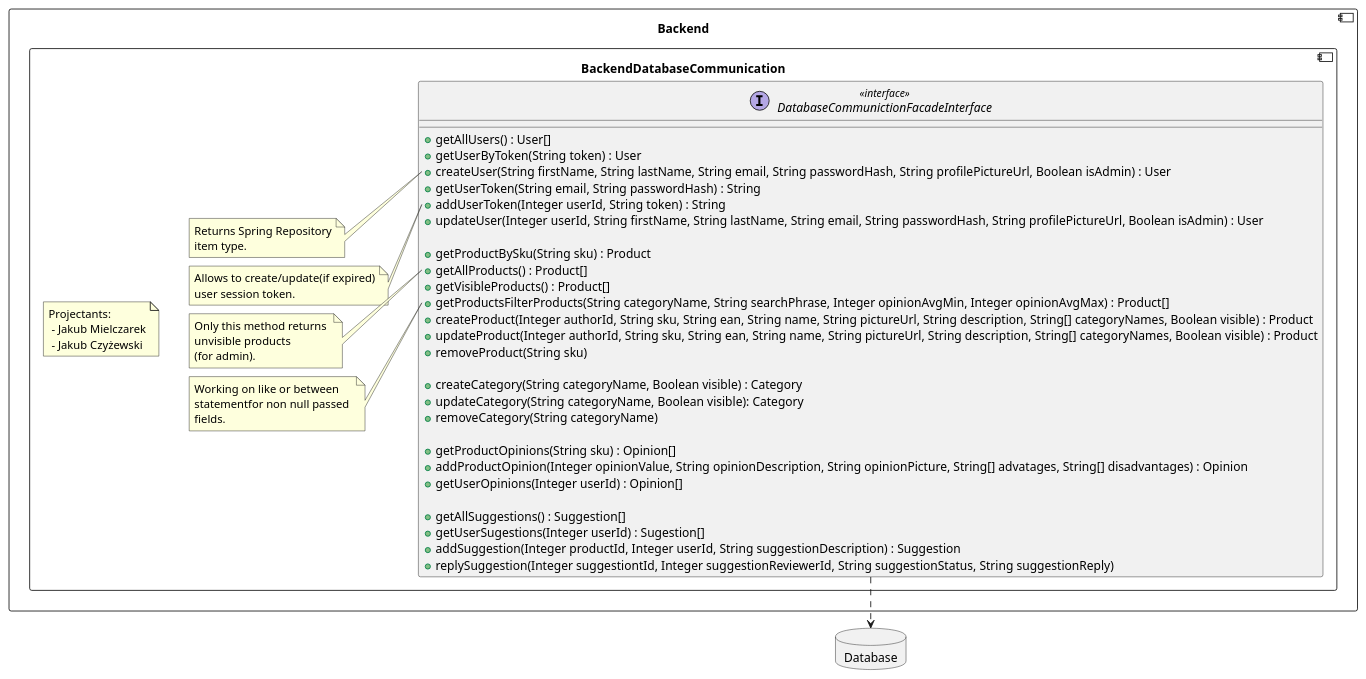
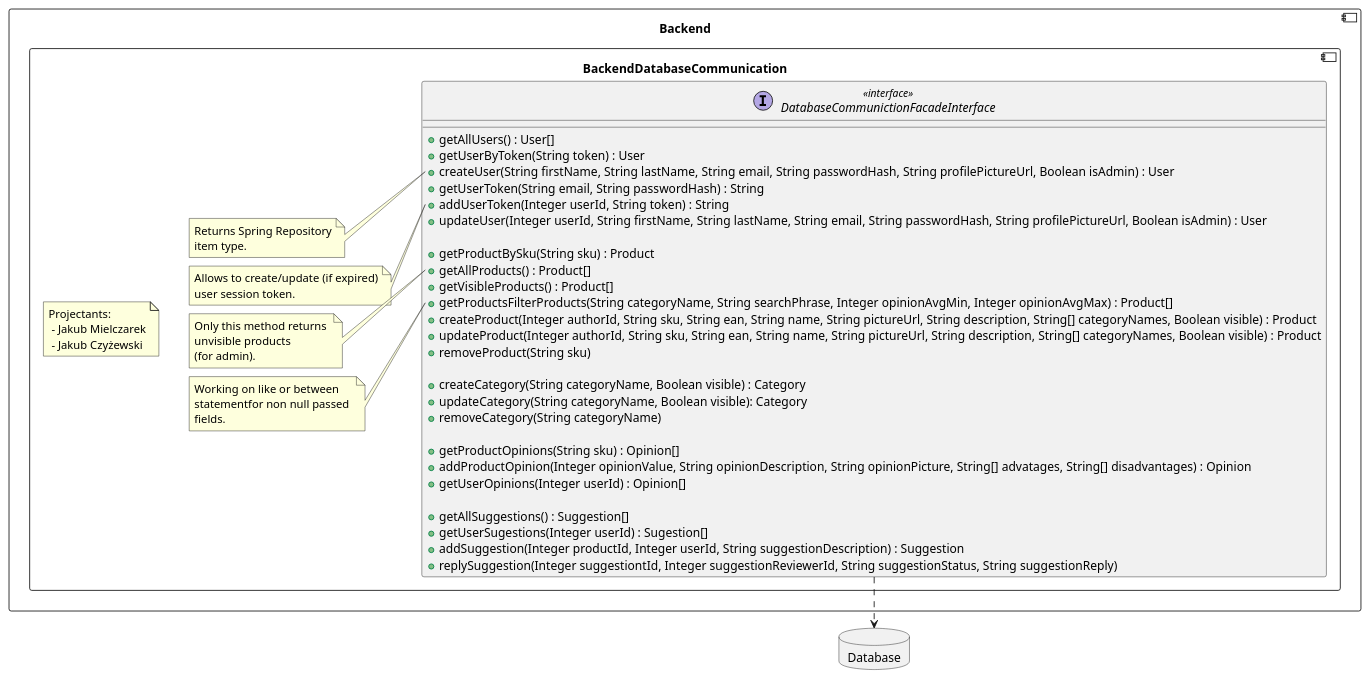
The diagram in backend/BackendDatabaseCommunication.md (RadekBucki/OpinionCollectorArchitecture), drawn with PlantUML before and after one commit. The commit also changed 1 other file, not shown here.

Commit message:
PR comments

````diff
--- a/backend/BackendDatabaseCommunication.md
+++ b/backend/BackendDatabaseCommunication.md
@@ -3,69 +3,69 @@
 ```plantuml
 @startuml
 
 database Database {
 }
 component Backend {
     component BackendDatabaseCommunication {
         note as Authors
             Projectants: 
              - Jakub Mielczarek
              - Jakub Czyżewski
         endnote
         interface DatabaseCommunictionFacadeInterface <<interface>> {
             + getAllUsers() : User[]
             + getUserByToken(String token) : User
             + createUser(String firstName, String lastName, String email, String passwordHash, String profilePictureUrl, Boolean isAdmin) : User
             + getUserToken(String email, String passwordHash) : String
             + addUserToken(Integer userId, String token) : String
             + updateUser(Integer userId, String firstName, String lastName, String email, String passwordHash, String profilePictureUrl, Boolean isAdmin) : User
         
             + getProductBySku(String sku) : Product
             + getAllProducts() : Product[]
             + getVisibleProducts() : Product[]
             + getProductsFilterProducts(String categoryName, String searchPhrase, Integer opinionAvgMin, Integer opinionAvgMax) : Product[]
             + createProduct(Integer authorId, String sku, String ean, String name, String pictureUrl, String description, String[] categoryNames, Boolean visible) : Product
             + updateProduct(Integer authorId, String sku, String ean, String name, String pictureUrl, String description, String[] categoryNames, Boolean visible) : Product
             + removeProduct(String sku)
 
             + createCategory(String categoryName, Boolean visible) : Category
             + updateCategory(String categoryName, Boolean visible): Category
             + removeCategory(String categoryName)
             
             + getProductOpinions(String sku) : Opinion[]
             + addProductOpinion(Integer opinionValue, String opinionDescription, String opinionPicture, String[] advatages, String[] disadvantages) : Opinion
             + getUserOpinions(Integer userId) : Opinion[]
             
             + getAllSuggestions() : Suggestion[]
             + getUserSugestions(Integer userId) : Sugestion[]
             + addSuggestion(Integer productId, Integer userId, String suggestionDescription) : Suggestion
             + replySuggestion(Integer suggestiontId, Integer suggestionReviewerId, String suggestionStatus, String suggestionReply)
         }
         note left of DatabaseCommunictionFacadeInterface::createUser
             Returns Spring Repository
             item type.
         endnote
         
         note left of DatabaseCommunictionFacadeInterface::addUserToken
-            Allows to create/update(if expired)
+            Allows to create/update (if expired)
             user session token.
         endnote
         
         note left of DatabaseCommunictionFacadeInterface::getAllProducts
             Only this method returns 
             unvisible products
             (for admin).
         endnote
         
         note left of DatabaseCommunictionFacadeInterface::getProductsFilterProducts
             Working on like or between 
             statementfor non null passed 
             fields.
         endnote
     }
 }
 
 DatabaseCommunictionFacadeInterface ..> Database
 
 @enduml 
 ```
````
